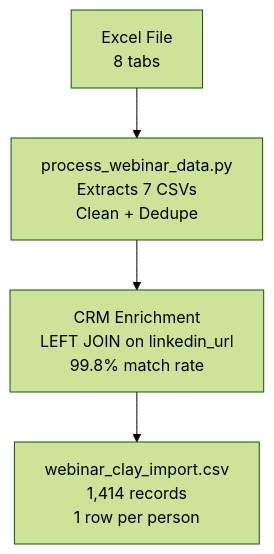
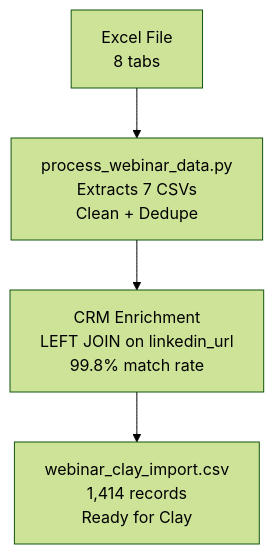
The diagram in README.md (frankterpo/clay_gtm), drawn with Mermaid (forest theme) before and after one commit. The commit also changed other lines of this file, not shown here.

First line of the commit message:
Simplify README - remove repetition, ensure clear flow

````diff
--- a/README.md
+++ b/README.md
@@ -43,6 +40,6 @@
 ```mermaid
 flowchart TD
     A[Excel File<br/>8 tabs] --> B[process_webinar_data.py<br/>Extracts 7 CSVs<br/>Clean + Dedupe]
     B --> C[CRM Enrichment<br/>LEFT JOIN on linkedin_url<br/>99.8% match rate]
-    C --> D[webinar_clay_import.csv<br/>1,414 records<br/>1 row per person]
+    C --> D[webinar_clay_import.csv<br/>1,414 records<br/>Ready for Clay]
 ```
````
